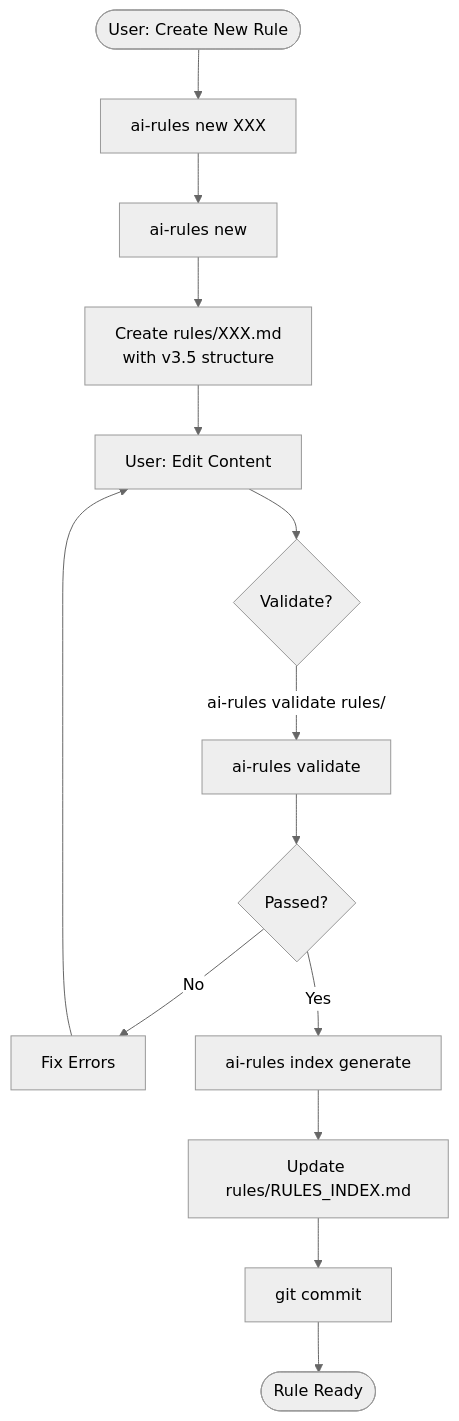
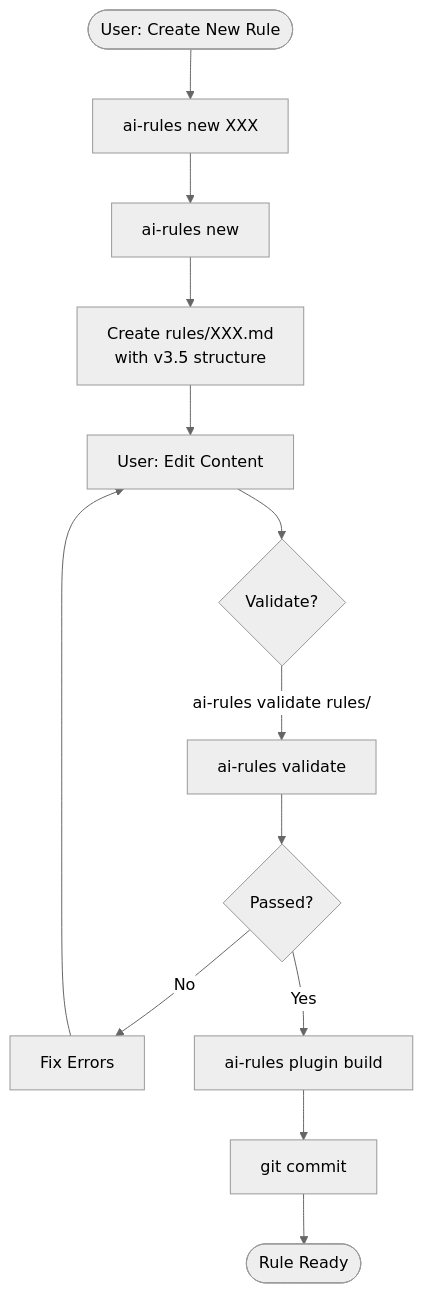
Before and after one commit to sfc-gh-myoung/ai_coding_rules: the first of 2 diagrams in docs/ARCHITECTURE.md, drawn with Mermaid (neutral theme). The commit also changed other lines of this file and 31 other files, not shown here.

````diff
--- a/docs/ARCHITECTURE.md
+++ b/docs/ARCHITECTURE.md
@@ -427,16 +392,15 @@
 ```mermaid
 flowchart TD
     Start([User: Create New Rule]) --> Generate
     Generate["ai-rules new XXX"] --> Template
     Template[ai-rules new] --> Create[Create rules/XXX.md<br/>with v3.5 structure]
     Create --> Edit[User: Edit Content]
     Edit --> Validate{Validate?}
     Validate -->|"ai-rules validate rules/"| SchemaVal[ai-rules validate]
     SchemaVal --> Pass{Passed?}
     Pass -->|No| Fix[Fix Errors]
     Fix --> Edit
-    Pass -->|Yes| Index["ai-rules index generate"]
-    Index --> UpdateIndex[Update rules/RULES_INDEX.md]
-    UpdateIndex --> Commit[git commit]
+    Pass -->|Yes| Build["ai-rules plugin build"]
+    Build --> Commit[git commit]
     Commit --> End([Rule Ready])
 ```
````
